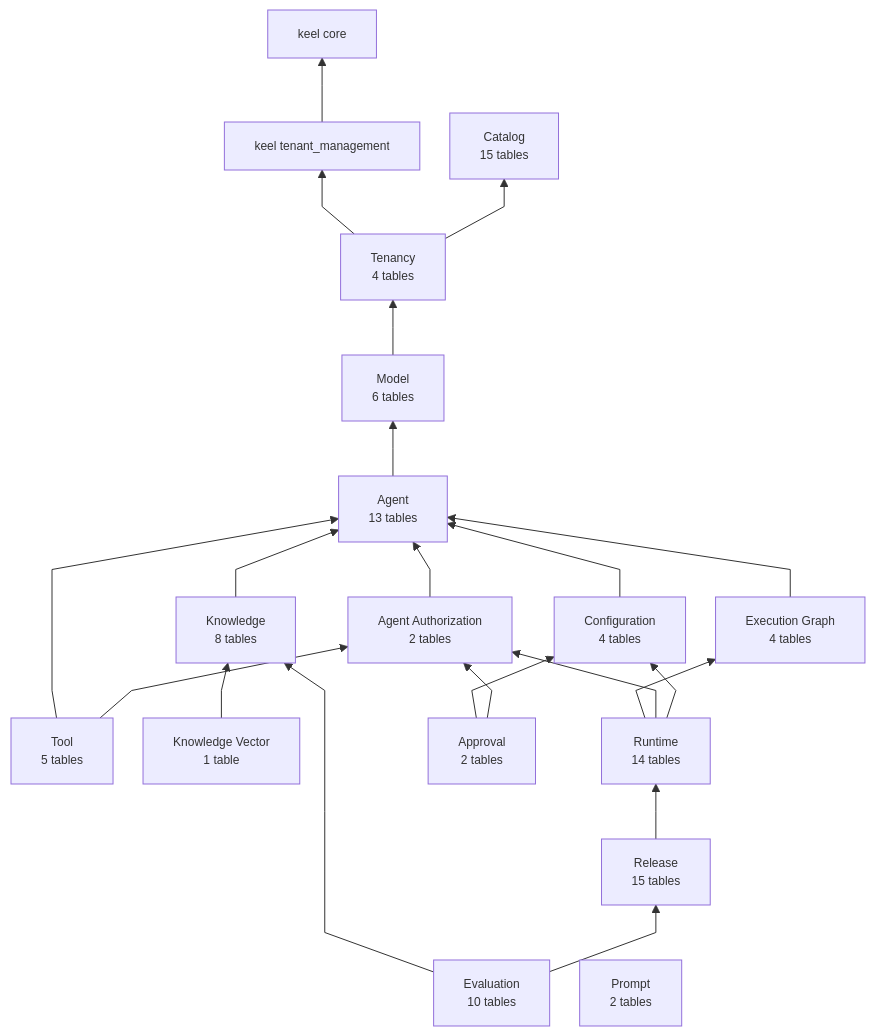
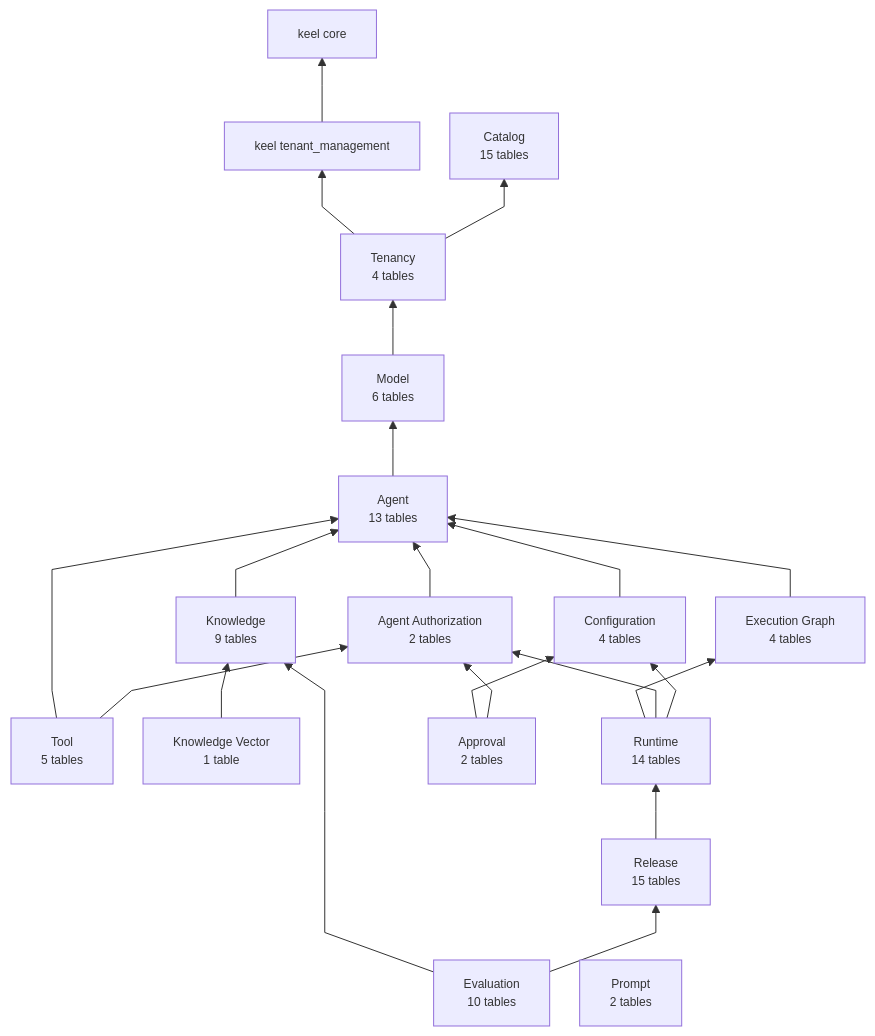
Before and after one commit to nauticana/scout: the first of 16 diagrams in doc/database.md, drawn with Mermaid. The commit also changed other lines of this file and 36 other files, not shown here.

````diff
--- a/doc/database.md
+++ b/doc/database.md
@@ -20,43 +20,43 @@
 ```mermaid
 %%{init: {"flowchart": {"curve": "linear", "nodeSpacing": 30, "rankSpacing": 55, "diagramPadding": 12}, "themeVariables": {"fontSize": "12px"}}}%%
 flowchart BT
 
     tenant_management --> core
     tenancy --> tenant_management
     tenancy --> catalog
     model --> tenancy
     agent --> model
     tool --> agent
     tool --> agent_authorization_module
     knowledge --> agent
     configuration_module --> agent
     execution_graph_module --> agent
     agent_authorization_module --> agent
     knowledge_vector --> knowledge
     runtime --> execution_graph_module
     runtime --> agent_authorization_module
     runtime --> configuration_module
     release --> runtime
     evaluation --> knowledge
     evaluation --> release
     approval --> configuration_module
     approval --> agent_authorization_module
 
     core["keel core"]
     tenant_management["keel tenant_management"]
     catalog["Catalog<br/>15 tables"]
     tenancy["Tenancy<br/>4 tables"]
     prompt["Prompt<br/>2 tables"]
     model["Model<br/>6 tables"]
     agent["Agent<br/>13 tables"]
     tool["Tool<br/>5 tables"]
     execution_graph_module["Execution Graph<br/>4 tables"]
-    knowledge["Knowledge<br/>8 tables"]
+    knowledge["Knowledge<br/>9 tables"]
     knowledge_vector["Knowledge Vector<br/>1 table"]
     runtime["Runtime<br/>14 tables"]
     release["Release<br/>15 tables"]
     evaluation["Evaluation<br/>10 tables"]
     agent_authorization_module["Agent Authorization<br/>2 tables"]
     configuration_module["Configuration<br/>4 tables"]
     approval["Approval<br/>2 tables"]
 ```
````
